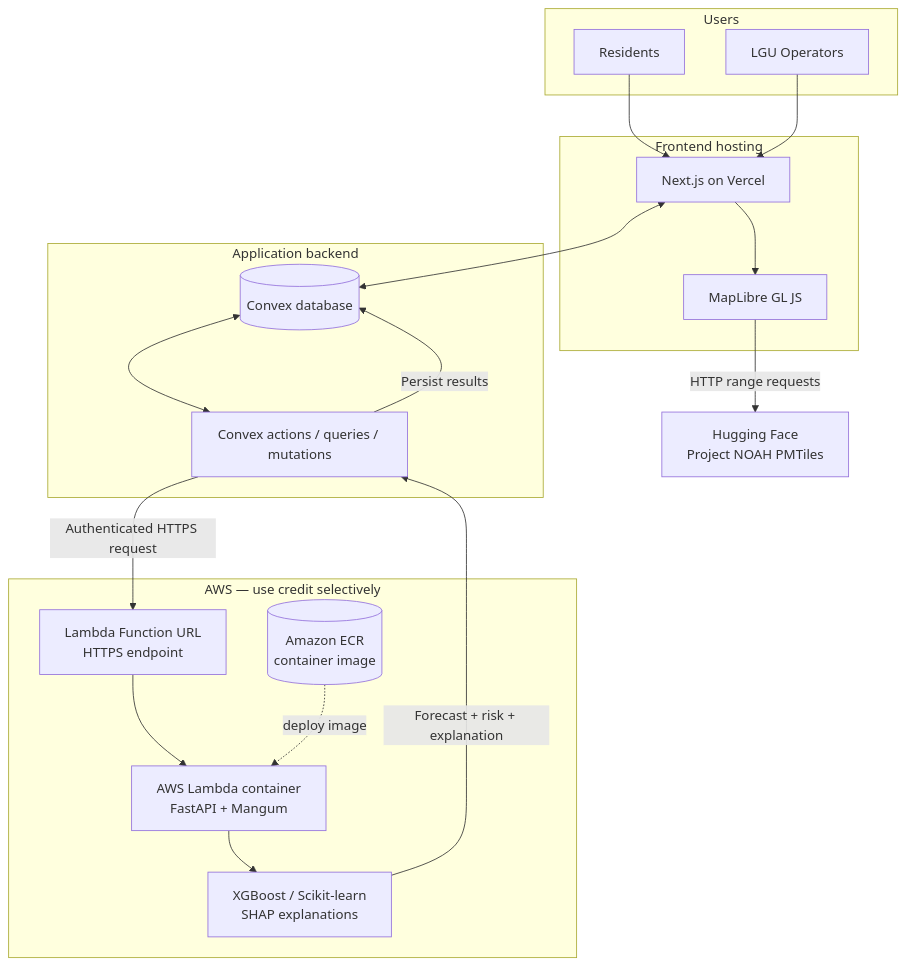
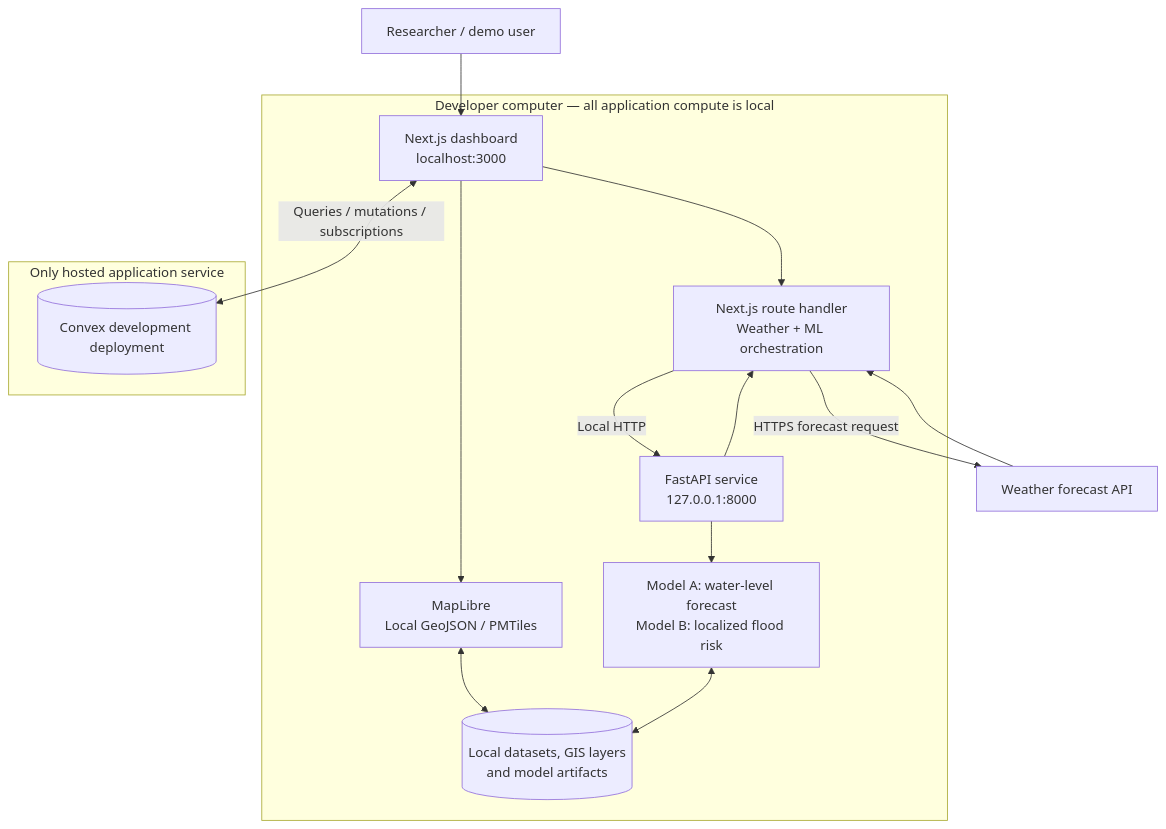
The first of 2 diagrams in docs/architecture/riverguard-architecture.md (ynnub-coding/RiverGuard), drawn with Mermaid before and after one commit. The commit also changed other lines of this file and 2 other files, not shown here.

First line of the commit message:
Align docs with local NCR prototype scope

````diff
--- a/docs/architecture/riverguard-architecture.md
+++ b/docs/architecture/riverguard-architecture.md
@@ -107,39 +141,31 @@
 ```mermaid
 flowchart TB
-    subgraph USERS[Users]
-        RES[Residents]
-        LGU[LGU Operators]
+    USER[Researcher / demo user]
+
+    subgraph LOCAL[Developer computer — all application compute is local]
+        WEB[Next.js dashboard\nlocalhost:3000]
+        ROUTE[Next.js route handler\nWeather + ML orchestration]
+        MAP[MapLibre\nLocal GeoJSON / PMTiles]
+        ML[FastAPI service\n127.0.0.1:8000]
+        MODELS[Model A: water-level forecast\nModel B: localized flood risk]
+        FILES[(Local datasets, GIS layers\nand model artifacts)]
     end
 
-    subgraph FRONTEND[Frontend hosting]
-        WEB[Next.js on Vercel]
-        MAP[MapLibre GL JS]
+    subgraph HOSTED[Only hosted application service]
+        CONVEX[(Convex development deployment)]
     end
 
-    subgraph APP[Application backend]
-        CONVEX[(Convex database)]
-        ACTION[Convex actions / queries / mutations]
-    end
+    WEATHER[Weather forecast API]
 
-    subgraph AWS[AWS — use credit selectively]
-        URL[Lambda Function URL\nHTTPS endpoint]
-        LAMBDA[AWS Lambda container\nFastAPI + Mangum]
-        MODEL[XGBoost / Scikit-learn\nSHAP explanations]
-        ECR[(Amazon ECR\ncontainer image)]
-    end
-
-    NOAH[Hugging Face\nProject NOAH PMTiles]
-
-    RES --> WEB
-    LGU --> WEB
-    WEB <--> CONVEX
+    USER --> WEB
     WEB --> MAP
-    MAP -->|HTTP range requests| NOAH
-    CONVEX <--> ACTION
-    ACTION -->|Authenticated HTTPS request| URL
-    URL --> LAMBDA
-    LAMBDA --> MODEL
-    MODEL -->|Forecast + risk + explanation| ACTION
-    ACTION -->|Persist results| CONVEX
-    ECR -. deploy image .-> LAMBDA
+    MAP <--> FILES
+    WEB --> ROUTE
+    ROUTE -->|HTTPS forecast request| WEATHER
+    WEATHER --> ROUTE
+    ROUTE -->|Local HTTP| ML
+    ML --> MODELS
+    MODELS <--> FILES
+    ML --> ROUTE
+    WEB <-->|Queries / mutations / subscriptions| CONVEX
 ```
````
